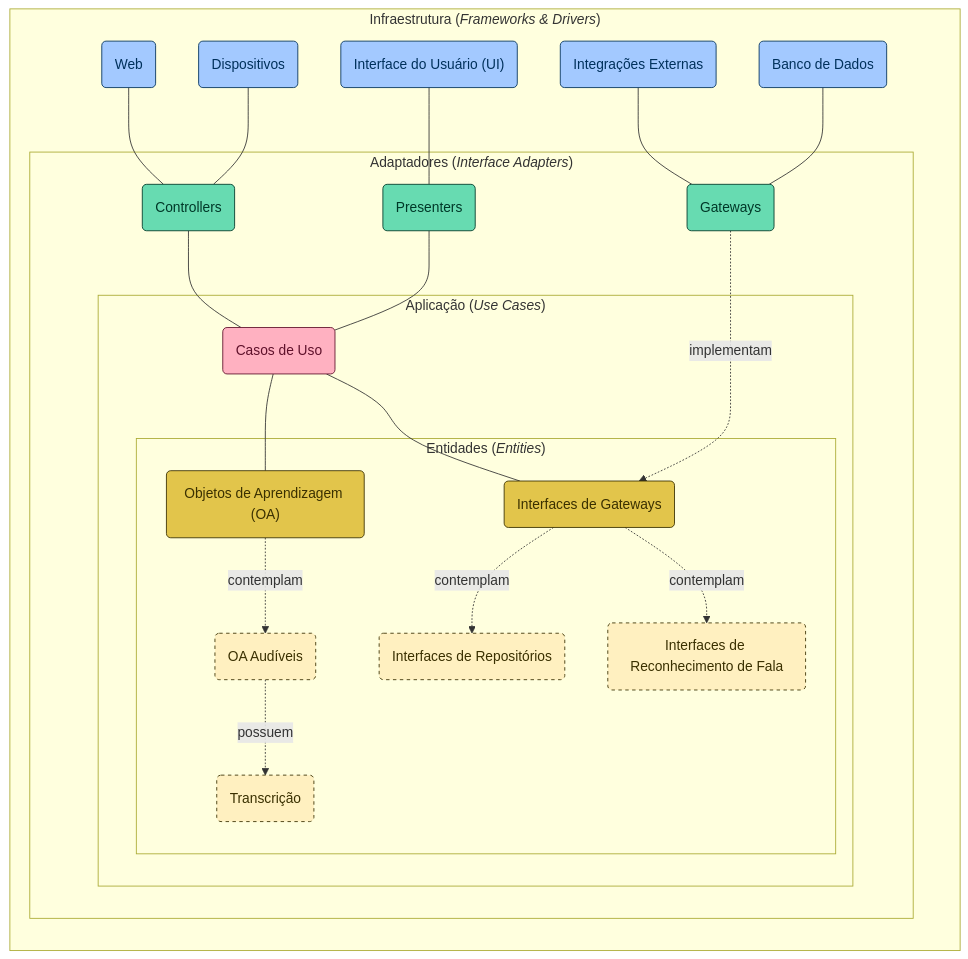
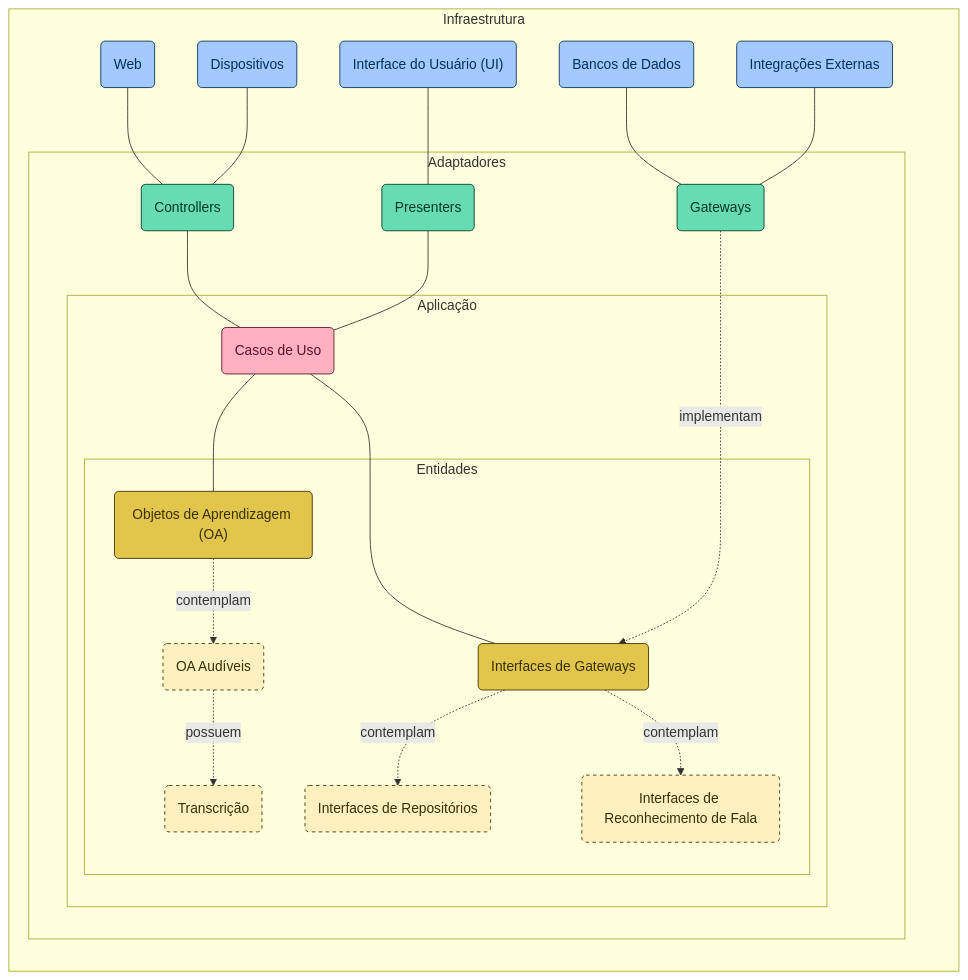
The diagram in README.md (falvojr/speech2learning), drawn with Mermaid before and after one commit.

````diff
--- a/README.md
+++ b/README.md
@@ -7,42 +7,42 @@
 ```mermaid
 graph RL;
-  subgraph "Infraestrutura (<em>Frameworks & Drivers</em>)";
+  subgraph "Infraestrutura";
     Web(Web) --- Con
     Dis(Dispositivos) --- Con
     UI("Interface do Usuário (UI)") --- Pre
+    BD(Bancos de Dados) --- Gat
     EXT(Integrações Externas) --- Gat
-    BD(Banco de Dados) --- Gat
 
-    subgraph "Adaptadores (<em>Interface Adapters</em>)";
+    subgraph "Adaptadores";
       Con(Controllers) --- UC
       Pre(Presenters) --- UC
-      Gat(Gateways) -..-> |implementam| IGat
+      Gat(Gateways) -...-> |implementam| IGat
 
-      subgraph "Aplicação (<em>Use Cases</em>)";
+      subgraph "Aplicação";
         UC(Casos de Uso) --- OA
         UC --- IGat
 
-        subgraph "Entidades (<em>Entities</em>)";
+        subgraph "Entidades";
           OA("Objetos de Aprendizagem (OA)")
           OA -.-> |contemplam| OAA(OA Audíveis)
           OAA -.-> |possuem| Tra(Transcrição)
           IGat(Interfaces de Gateways)
-          IGat -.-> |contemplam| Rep(Interfaces de Repositórios)
-          IGat -.-> |contemplam| Rec(Interfaces de Reconhecimento de Fala)
+          IGat -.-> |contemplam| IRep(Interfaces de Repositórios)
+          IGat -.-> |contemplam| IS2T(Interfaces de Reconhecimento de Fala)
         end
      end
     end
   end
 
 classDef infra fill:#a3c9ff,stroke:#00315c,color:#00315c;
 classDef adapters fill:#67dbb1,stroke:#003828,color:#003828;
 classDef ucs fill:#ffb1c1,stroke:#5f112b,color:#5f112b;
 classDef entities fill:#e2c54b,stroke:#3a3000,color:#3a3000;
 classDef entities_secondary fill:#fff0c0,stroke:#3a3000,color:#3a3000,stroke-dasharray: 4 4;
 
 class Web,Dis,UI,BD,EXT infra;
 class Con,Gat,Pre adapters;
 class UC ucs;
 class OA,IGat entities;
-class OAA,Tra,Rep,Rec entities_secondary;
+class OAA,Tra,IRep,IS2T entities_secondary;
 ```
````
